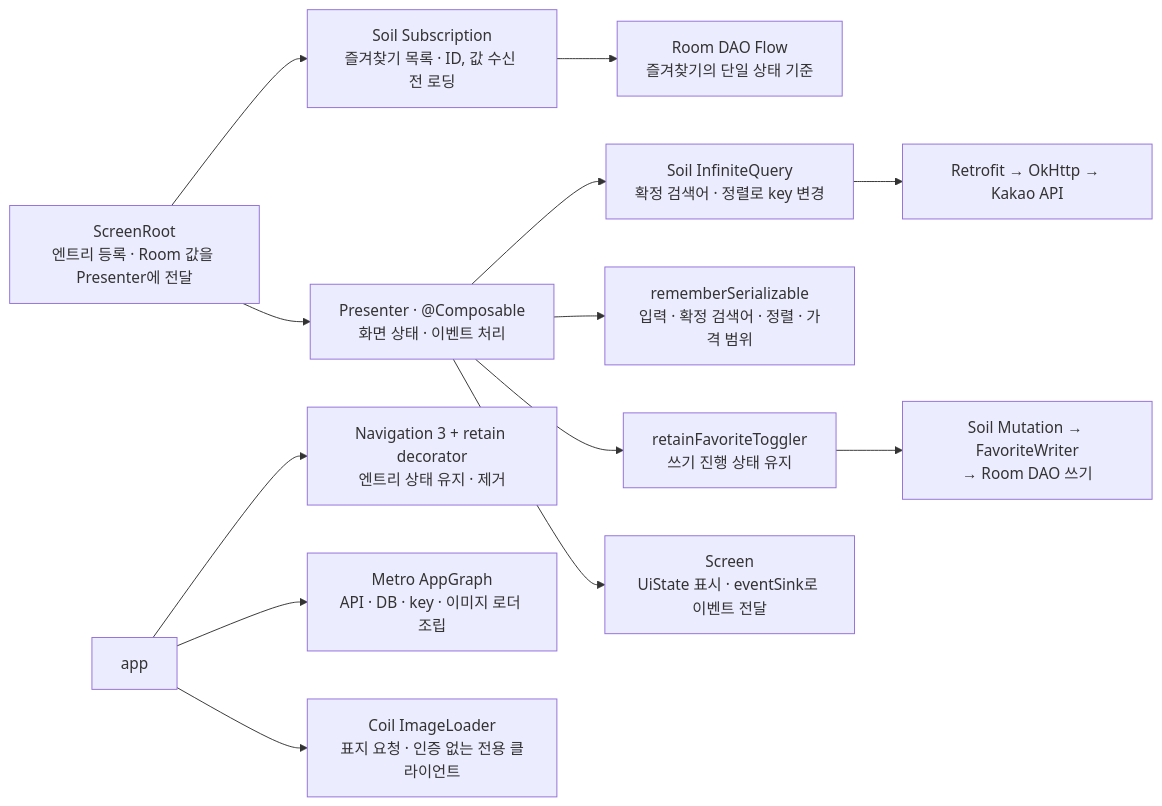
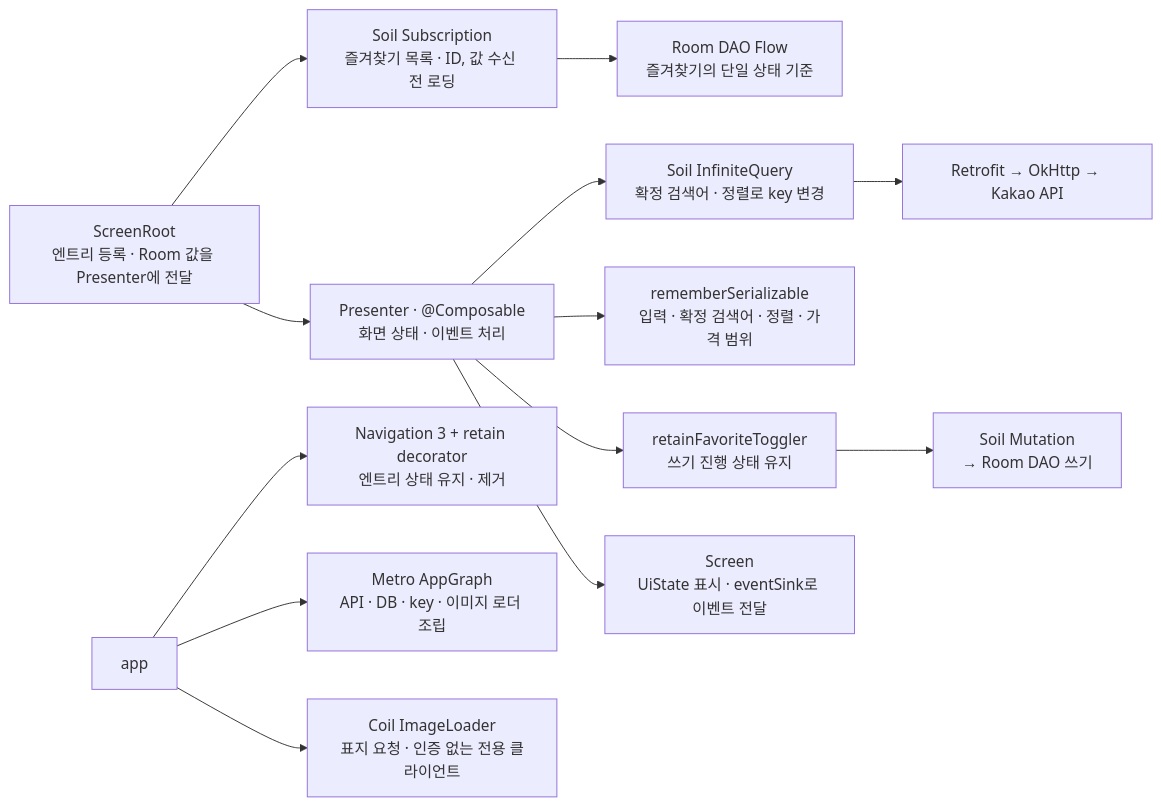
The diagram in docs/diagrams/screen-data-flow.mmd (easyhooon/book-search-android), drawn with Mermaid before and after one commit. The commit also changed 24 other files, not shown here.

First line of the commit message:
Simplify favorite writes through the shared mutation actor

```diff
--- a/docs/diagrams/screen-data-flow.mmd
+++ b/docs/diagrams/screen-data-flow.mmd
@@ -1,36 +1,36 @@
 flowchart LR
     root["ScreenRoot
 엔트리 등록 · Room 값을 Presenter에 전달"]
     subscription["Soil Subscription
 즐겨찾기 목록 · ID, 값 수신 전 로딩"]
     roomRead["Room DAO Flow
 즐겨찾기의 단일 상태 기준"]
     presenter["Presenter · @Composable
 화면 상태 · 이벤트 처리"]
     query["Soil InfiniteQuery
 확정 검색어 · 정렬로 key 변경"]
     remote["Retrofit → OkHttp → Kakao API"]
     saved["rememberSerializable
 입력 · 확정 검색어 · 정렬 · 가격 범위"]
     toggler["retainFavoriteToggler
 쓰기 진행 상태 유지"]
-    write["Soil Mutation → FavoriteWriter
+    write["Soil Mutation
 → Room DAO 쓰기"]
     screen["Screen
 UiState 표시 · eventSink로 이벤트 전달"]
     root --> subscription --> roomRead
     root --> presenter
     presenter --> query --> remote
     presenter --> saved
     presenter --> toggler --> write
     presenter --> screen
     app["app"]
     navigation["Navigation 3 + retain decorator
 엔트리 상태 유지 · 제거"]
     metro["Metro AppGraph
 API · DB · key · 이미지 로더 조립"]
     coil["Coil ImageLoader
 표지 요청 · 인증 없는 전용 클라이언트"]
     app --> navigation
     app --> metro
     app --> coil
```
